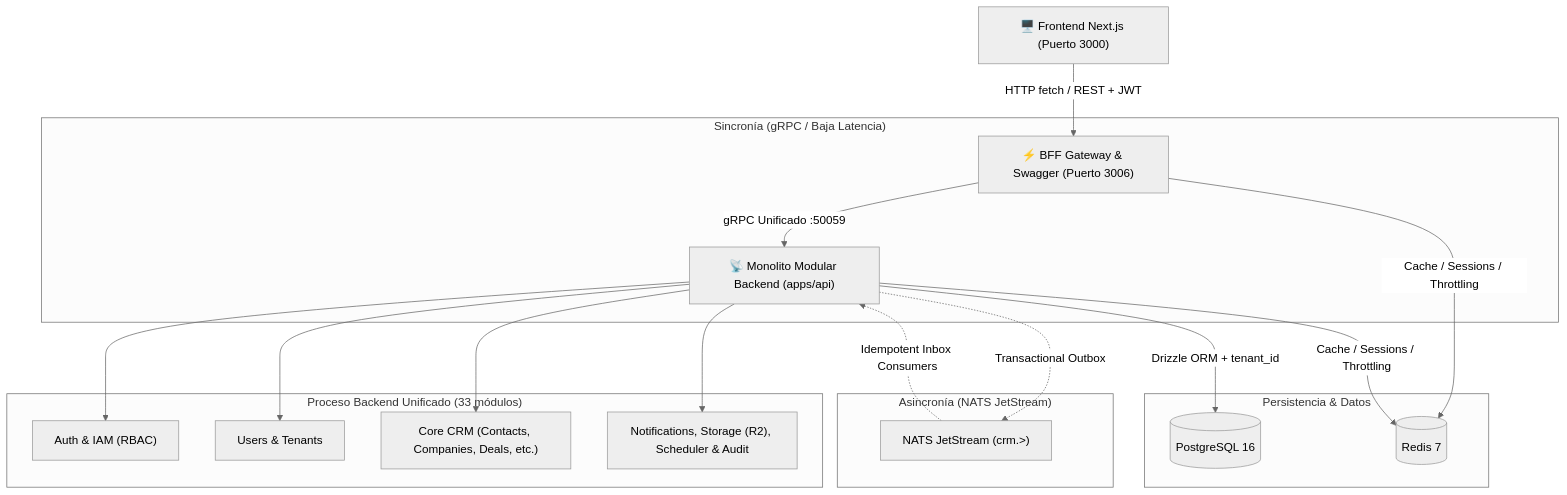
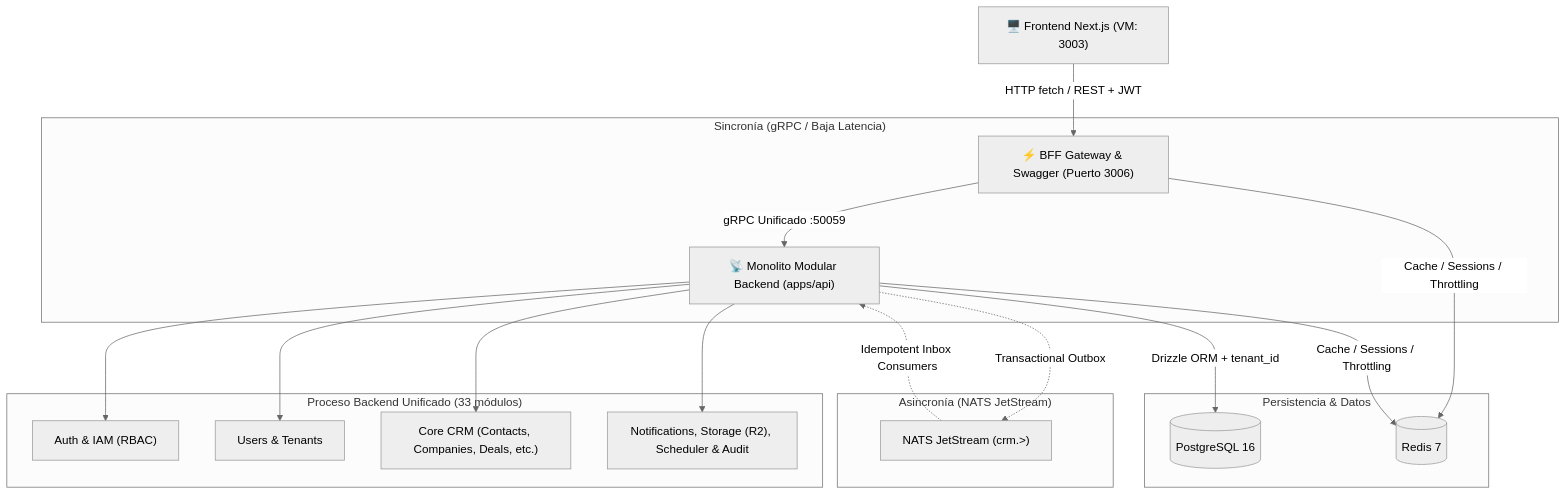
One commit to programadorkevinsvega-sys/nexora-crm changed the diagram in README.md. Above: the diagram before and after it, drawn with Mermaid (neutral theme). The commit also changed other lines of this file and 26 other files, not shown here.

````diff
--- a/README.md
+++ b/README.md
@@ -17,25 +17,25 @@
 ```mermaid
 graph TD
-    Client["🖥️ Frontend Next.js (Puerto 3000)"] -->|HTTP fetch / REST + JWT| BFF["⚡ BFF Gateway & Swagger (Puerto 3006)"]
+    Client["🖥️ Frontend Next.js (VM: 3003)"] -->|HTTP fetch / REST + JWT| BFF["⚡ BFF Gateway & Swagger (Puerto 3006)"]
     
     subgraph "Sincronía (gRPC / Baja Latencia)"
         BFF -->|gRPC Unificado :50059| API["📡 Monolito Modular Backend (apps/api)"]
     end
 
     subgraph "Proceso Backend Unificado (33 módulos)"
         API --> M1["Auth & IAM (RBAC)"]
         API --> M2["Users & Tenants"]
         API --> M3["Core CRM (Contacts, Companies, Deals, etc.)"]
         API --> M4["Notifications, Storage (R2), Scheduler & Audit"]
     end
 
     subgraph "Asincronía (NATS JetStream)"
         API -.->|Transactional Outbox| NATS["NATS JetStream (crm.>)"]
         NATS -.->|Idempotent Inbox Consumers| API
     end
 
     subgraph "Persistencia & Datos"
         API -->|Drizzle ORM + tenant_id| PG[(PostgreSQL 16)]
         BFF & API -->|Cache / Sessions / Throttling| Redis[(Redis 7)]
     end
 ```
````
